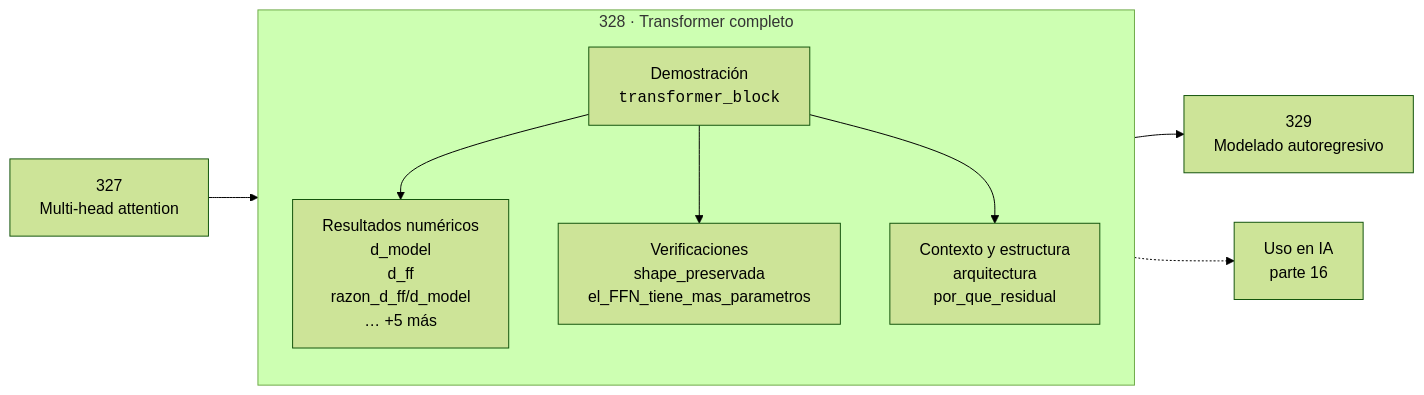
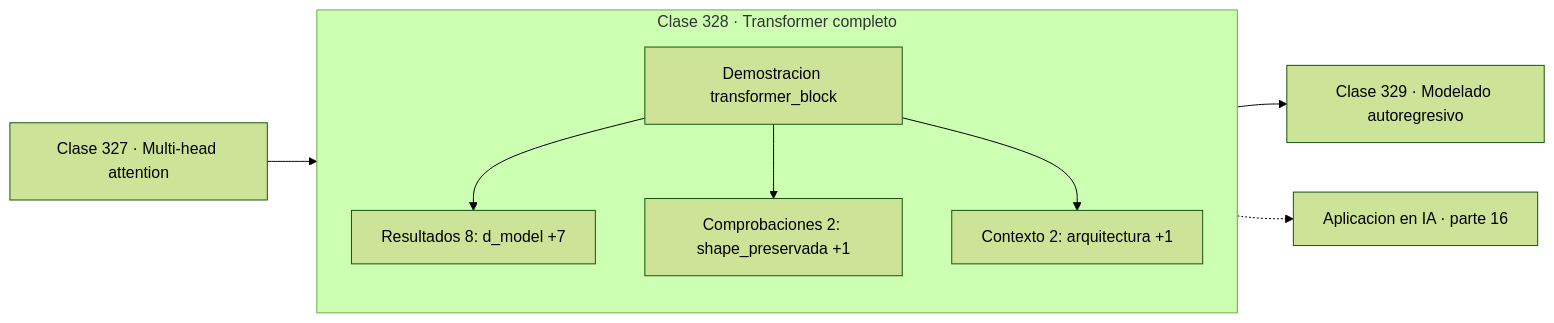
The diagram in classes/part-16-matematica-de-transformers-modelos-generativos-grafos-y-rl/328-transformer-completo/README.md (vladimiracunadev-create/computational-mathematics-program), drawn with Mermaid (forest theme) before and after one commit. The commit also changed 389 other files, not shown here.

First line of the commit message:
fix(diagramas): elimina el HTML de las etiquetas Mermaid

````diff
--- a/classes/part-16-matematica-de-transformers-modelos-generativos-grafos-y-rl/328-transformer-completo/README.md
+++ b/classes/part-16-matematica-de-transformers-modelos-generativos-grafos-y-rl/328-transformer-completo/README.md
@@ -30,12 +30,13 @@
 ```mermaid
 flowchart LR
-    P["327<br/>Multi-head attention"] --> C
-    subgraph C["328 · Transformer completo"]
+    P["Clase 327 · Multi-head attention"] --> D
+    subgraph CLASE["Clase 328 · Transformer completo"]
         direction TB
-        D["Demostración<br/><code>transformer_block</code>"] --> R["Resultados numéricos<br/>d_model<br/>d_ff<br/>razon_d_ff/d_model<br/>… +5 más"]
-        D --> V["Verificaciones<br/>shape_preservada<br/>el_FFN_tiene_mas_parametros"]
-        D --> O["Contexto y estructura<br/>arquitectura<br/>por_que_residual"]
+        D["Demostracion transformer_block"]
+        D --> R["Resultados 8: d_model +7"]
+        D --> V["Comprobaciones 2: shape_preservada +1"]
+        D --> O["Contexto 2: arquitectura +1"]
     end
-    C --> N["329<br/>Modelado autoregresivo"]
-    C -.-> IA["Uso en IA<br/>parte 16"]
+    R --> N["Clase 329 · Modelado autoregresivo"]
+    V -.-> IA["Aplicacion en IA · parte 16"]
 ```
````
